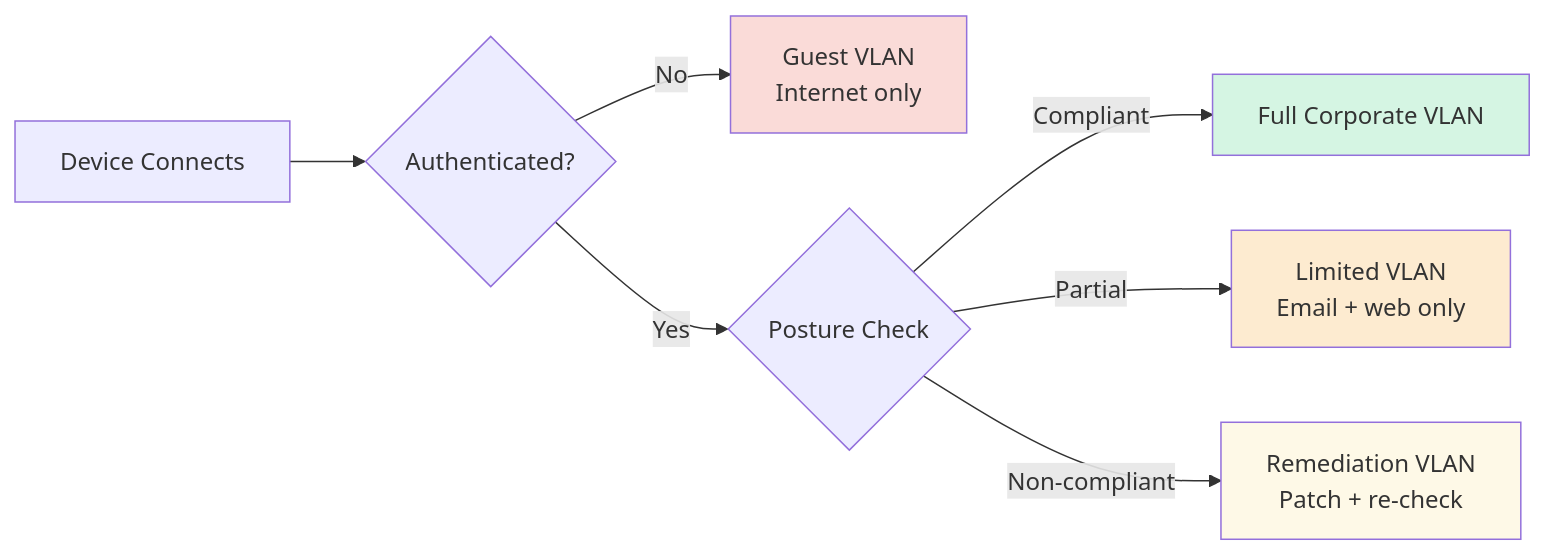
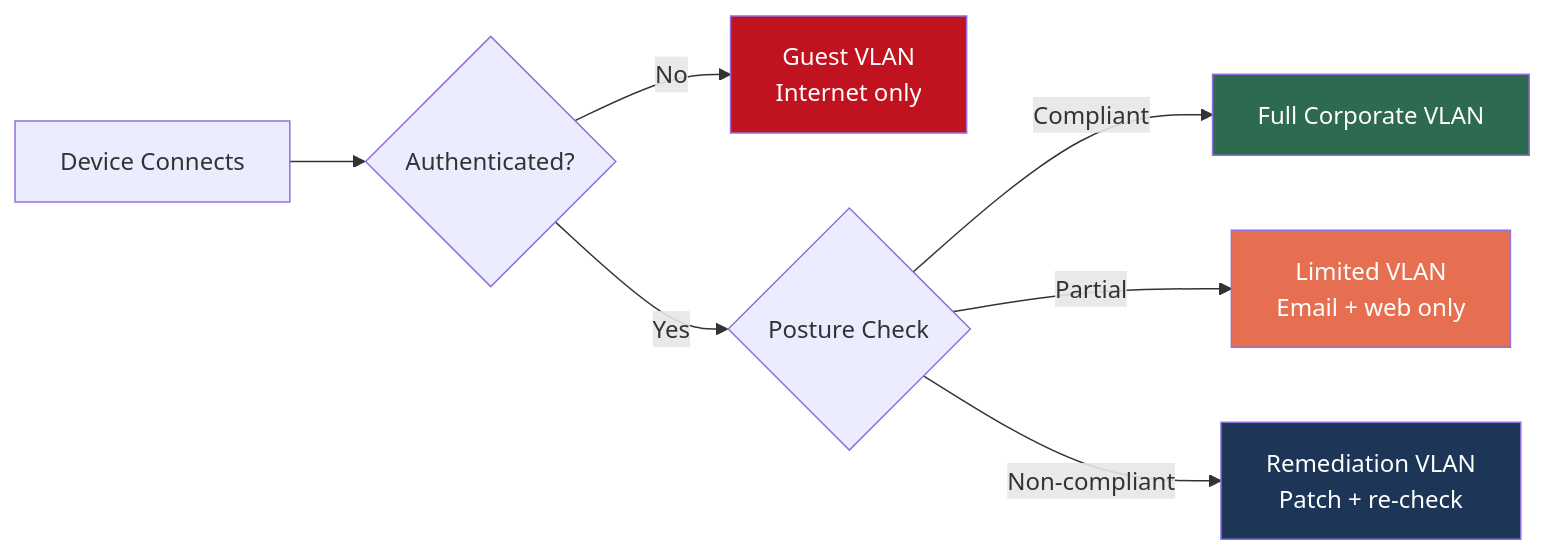
One commit to RossMora-Pilots/405-Mobile-Wireless-Security changed the second of 5 diagrams in CC/Winter 2025/Mobile Wireless Security - Mohamed Jbeili - CSC-7306/BYOD_POLICY_FRAMEWORK.md. Above: the diagram before and after it, drawn with Mermaid. The commit also changed other lines of this file and 6 other files, not shown here.

First line of the commit message:
Remediate 5 growth areas: defense validation, risk quantification, lessons learned, visual palette, new diagrams

````diff
--- a/CC/Winter 2025/Mobile Wireless Security - Mohamed Jbeili - CSC-7306/BYOD_POLICY_FRAMEWORK.md
+++ b/CC/Winter 2025/Mobile Wireless Security - Mohamed Jbeili - CSC-7306/BYOD_POLICY_FRAMEWORK.md
@@ -121,14 +122,14 @@
 ```mermaid
 flowchart LR
     Conn["Device Connects"] --> Auth{Authenticated?}
     Auth -->|No| Guest[Guest VLAN<br/>Internet only]
     Auth -->|Yes| Post{Posture Check}
     Post -->|Compliant| Full[Full Corporate VLAN]
     Post -->|Partial| Limited[Limited VLAN<br/>Email + web only]
     Post -->|Non-compliant| Remediation[Remediation VLAN<br/>Patch + re-check]
 
-    style Guest fill:#fadbd8,color:#333
-    style Full fill:#d5f5e3,color:#333
-    style Limited fill:#fdebd0,color:#333
-    style Remediation fill:#fef9e7,color:#333
+    style Guest fill:#c1121f,color:#fff
+    style Full fill:#2d6a4f,color:#fff
+    style Limited fill:#e76f51,color:#fff
+    style Remediation fill:#1d3557,color:#fff
 ```
````
